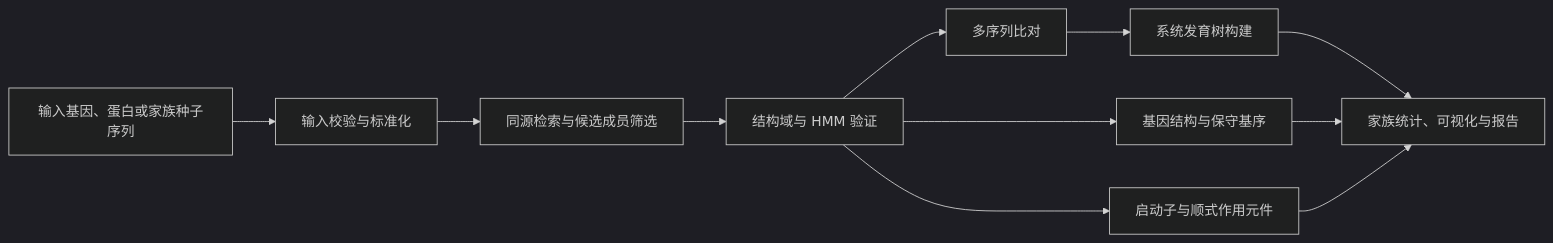
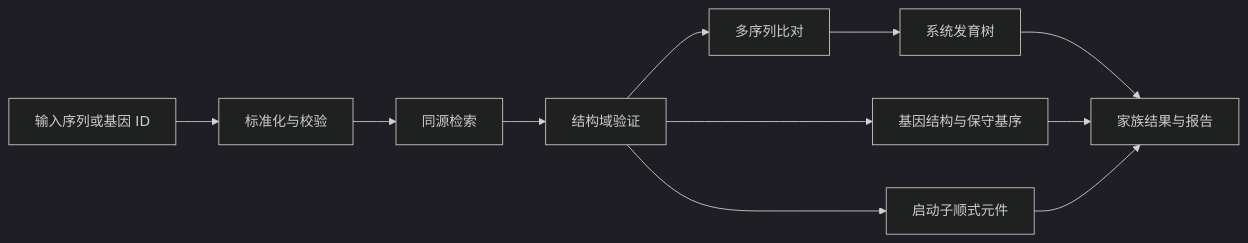
One commit to xxay-16/gene-family-mcp changed the diagram in README.md. Above: the diagram before and after it, drawn with Mermaid (dark theme). The commit also changed other lines of this file and 48 other files, not shown here.

````diff
--- a/README.md
+++ b/README.md
@@ -21,13 +158,13 @@
 ```mermaid
 flowchart LR
-    A["输入基因、蛋白或家族种子序列"] --> B["输入校验与标准化"]
-    B --> C["同源检索与候选成员筛选"]
-    C --> D["结构域与 HMM 验证"]
+    A["输入序列或基因 ID"] --> B["标准化与校验"]
+    B --> C["同源检索"]
+    C --> D["结构域验证"]
     D --> E["多序列比对"]
-    E --> F["系统发育树构建"]
+    E --> F["系统发育树"]
     D --> G["基因结构与保守基序"]
-    D --> H["启动子与顺式作用元件"]
-    F --> I["家族统计、可视化与报告"]
+    D --> H["启动子顺式元件"]
+    F --> I["家族结果与报告"]
     G --> I
     H --> I
 ```
````
